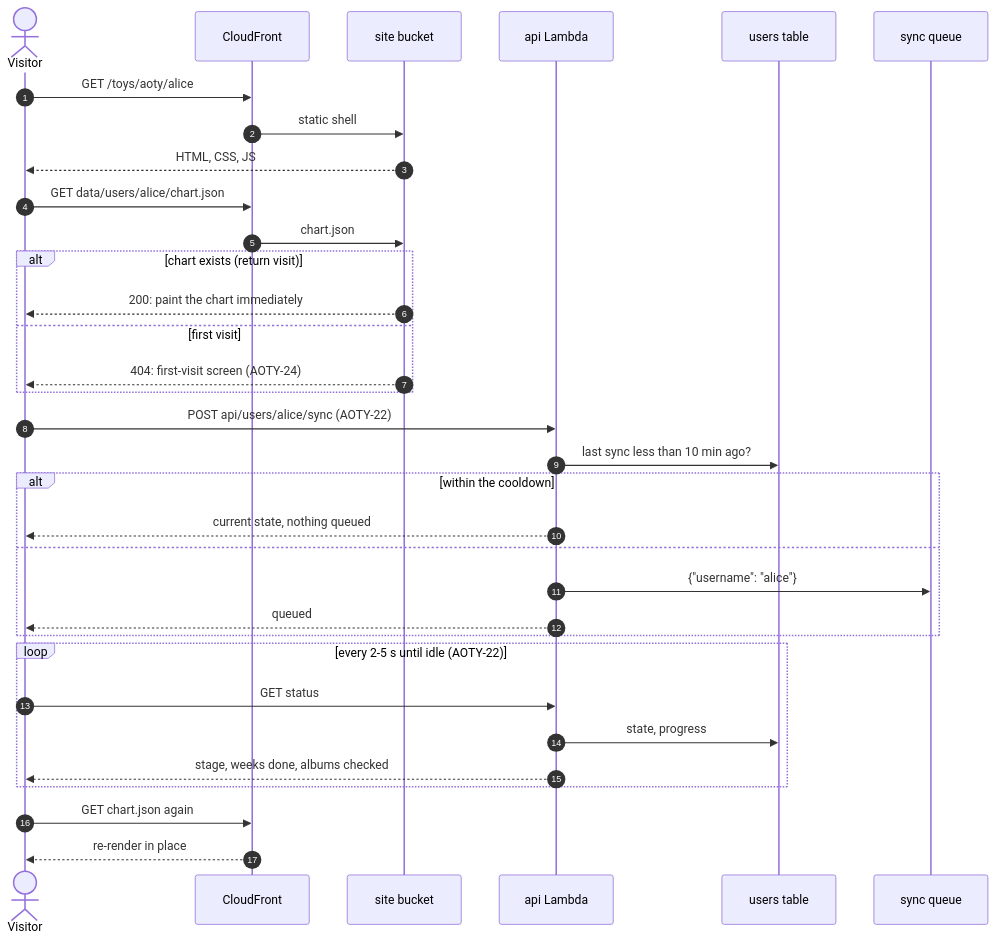
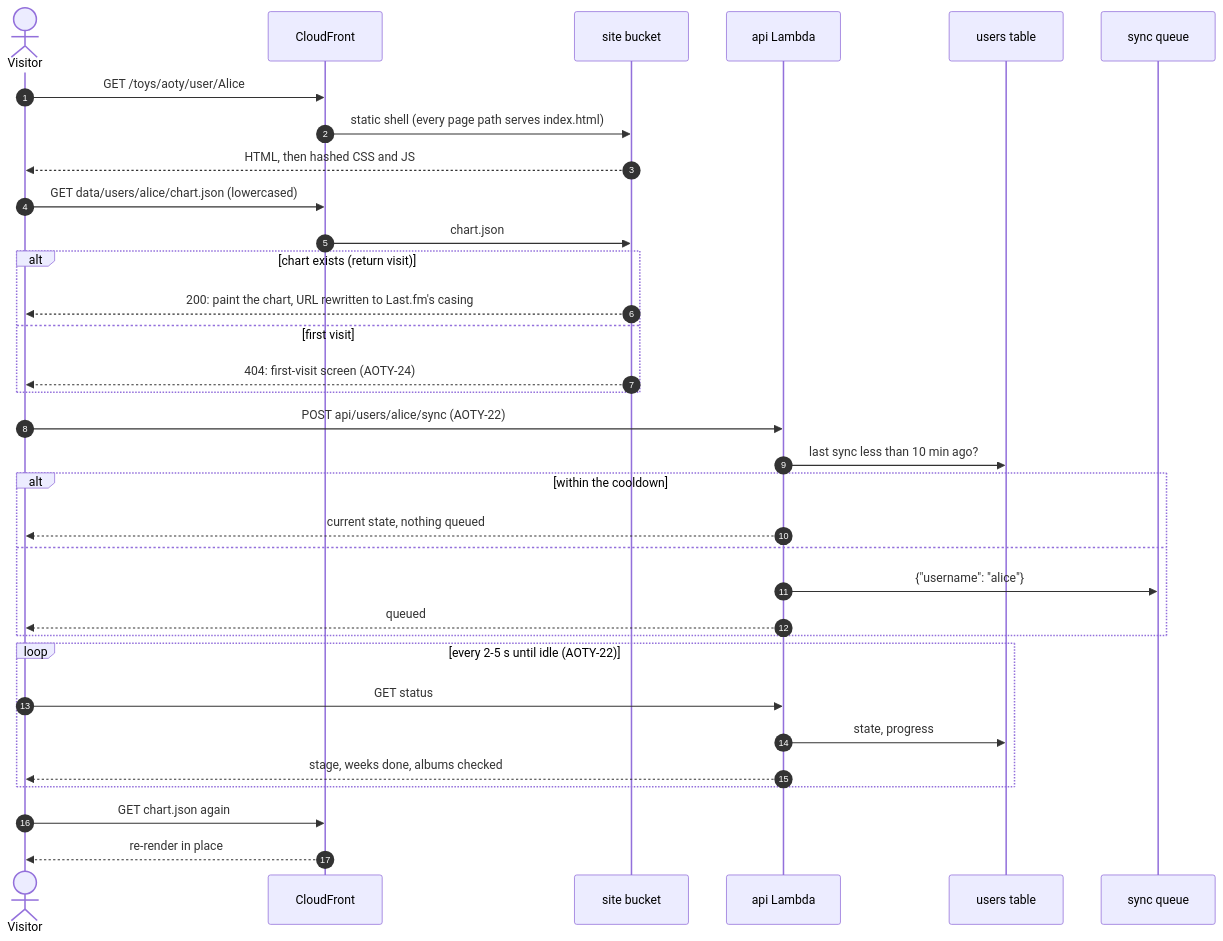
The second of 5 diagrams in docs/architecture.md (eightyeighteyes/aoty-chart-toy), drawn with Mermaid before and after one commit. The commit also changed other lines of this file and 2 other files, not shown here.

First line of the commit message:
docs: chart builder, user page shell and their runbooks

````diff
--- a/docs/architecture.md
+++ b/docs/architecture.md
@@ -101,36 +104,36 @@
 ```mermaid
 sequenceDiagram
   autonumber
   actor V as Visitor
   participant CF as CloudFront
   participant S3 as site bucket
   participant API as api Lambda
   participant U as users table
   participant Q as sync queue
 
-  V->>CF: GET /toys/aoty/alice
-  CF->>S3: static shell
-  S3-->>V: HTML, CSS, JS
-  V->>CF: GET data/users/alice/chart.json
+  V->>CF: GET /toys/aoty/user/Alice
+  CF->>S3: static shell (every page path serves index.html)
+  S3-->>V: HTML, then hashed CSS and JS
+  V->>CF: GET data/users/alice/chart.json (lowercased)
   CF->>S3: chart.json
   alt chart exists (return visit)
-    S3-->>V: 200: paint the chart immediately
+    S3-->>V: 200: paint the chart, URL rewritten to Last.fm's casing
   else first visit
     S3-->>V: 404: first-visit screen (AOTY-24)
   end
   V->>API: POST api/users/alice/sync (AOTY-22)
   API->>U: last sync less than 10 min ago?
   alt within the cooldown
     API-->>V: current state, nothing queued
   else
     API->>Q: {"username": "alice"}
     API-->>V: queued
   end
   loop every 2-5 s until idle (AOTY-22)
     V->>API: GET status
     API->>U: state, progress
     API-->>V: stage, weeks done, albums checked
   end
   V->>CF: GET chart.json again
   CF-->>V: re-render in place
 ```
````
